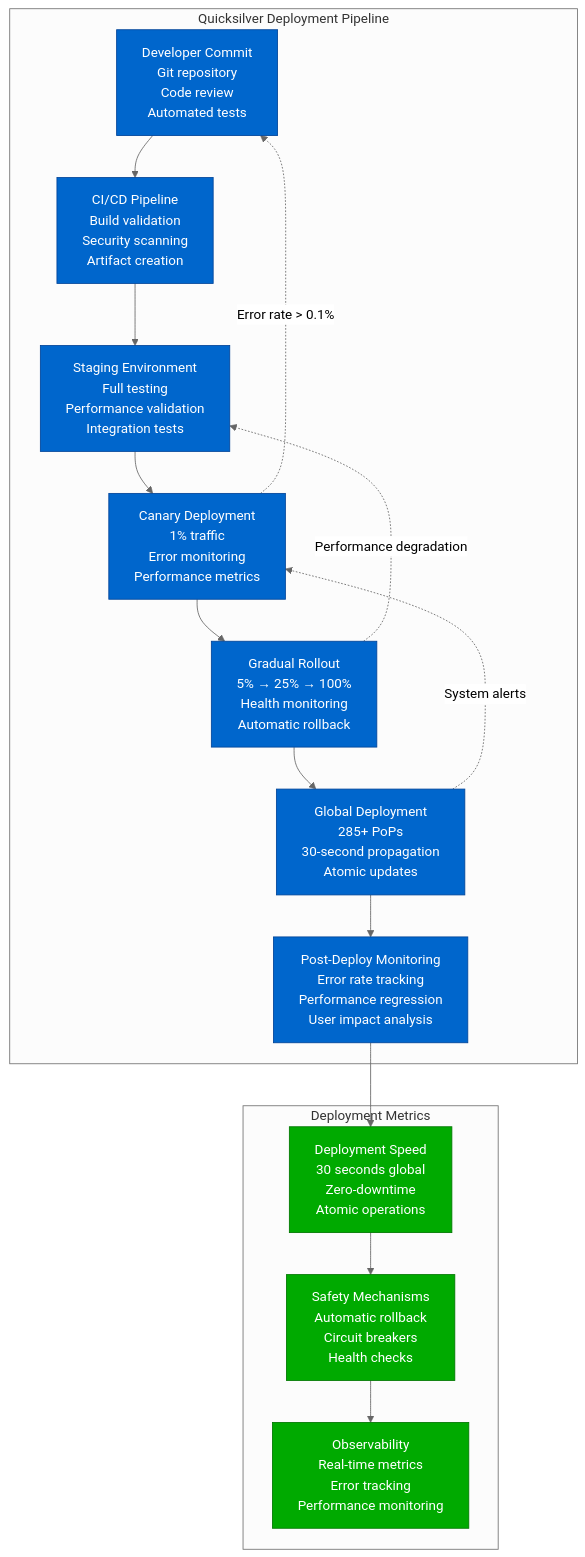
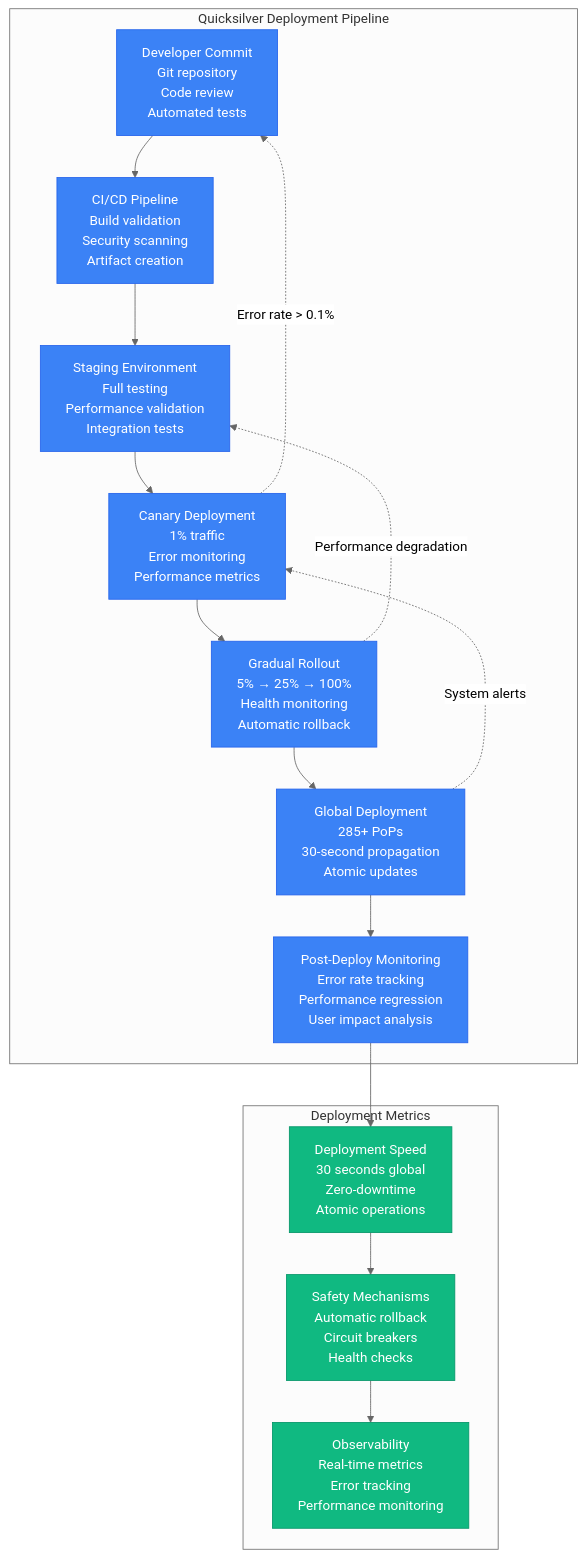
One commit to deepaucksharma/DS changed the second of 8 diagrams in site/docs/systems/cloudflare/production-operations.md. Above: the diagram before and after it, drawn with Mermaid (neutral theme). The commit also changed other lines of this file and 303 other files, not shown here.

````diff
--- a/site/docs/systems/cloudflare/production-operations.md
+++ b/site/docs/systems/cloudflare/production-operations.md
@@ -110,44 +110,44 @@
 ```mermaid
 graph TB
     subgraph "Quicksilver Deployment Pipeline"
         DEV[Developer Commit<br/>Git repository<br/>Code review<br/>Automated tests]
         CI[CI/CD Pipeline<br/>Build validation<br/>Security scanning<br/>Artifact creation]
         STAGING[Staging Environment<br/>Full testing<br/>Performance validation<br/>Integration tests]
 
         CANARY[Canary Deployment<br/>1% traffic<br/>Error monitoring<br/>Performance metrics]
         GRADUAL[Gradual Rollout<br/>5% → 25% → 100%<br/>Health monitoring<br/>Automatic rollback]
         GLOBAL[Global Deployment<br/>285+ PoPs<br/>30-second propagation<br/>Atomic updates]
 
         MONITOR[Post-Deploy Monitoring<br/>Error rate tracking<br/>Performance regression<br/>User impact analysis]
     end
 
     %% Deployment flow
     DEV --> CI
     CI --> STAGING
     STAGING --> CANARY
     CANARY --> GRADUAL
     GRADUAL --> GLOBAL
     GLOBAL --> MONITOR
 
     %% Rollback triggers
     CANARY -.->|Error rate > 0.1%| DEV
     GRADUAL -.->|Performance degradation| STAGING
     GLOBAL -.->|System alerts| CANARY
 
     subgraph "Deployment Metrics"
         SPEED[Deployment Speed<br/>30 seconds global<br/>Zero-downtime<br/>Atomic operations]
         SAFETY[Safety Mechanisms<br/>Automatic rollback<br/>Circuit breakers<br/>Health checks]
         OBSERVABILITY[Observability<br/>Real-time metrics<br/>Error tracking<br/>Performance monitoring]
     end
 
     MONITOR --> SPEED
     SPEED --> SAFETY
     SAFETY --> OBSERVABILITY
 
     %% Apply deployment colors
-    classDef pipelineStyle fill:#0066CC,stroke:#004499,color:#fff
-    classDef metricsStyle fill:#00AA00,stroke:#007700,color:#fff
+    classDef pipelineStyle fill:#3B82F6,stroke:#2563EB,color:#fff
+    classDef metricsStyle fill:#10B981,stroke:#059669,color:#fff
 
     class DEV,CI,STAGING,CANARY,GRADUAL,GLOBAL,MONITOR pipelineStyle
     class SPEED,SAFETY,OBSERVABILITY metricsStyle
 ```
````
